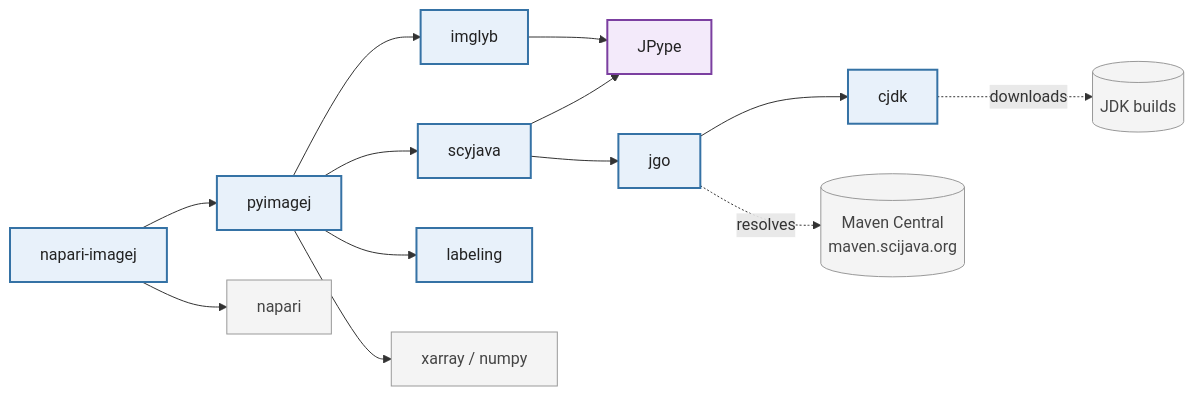
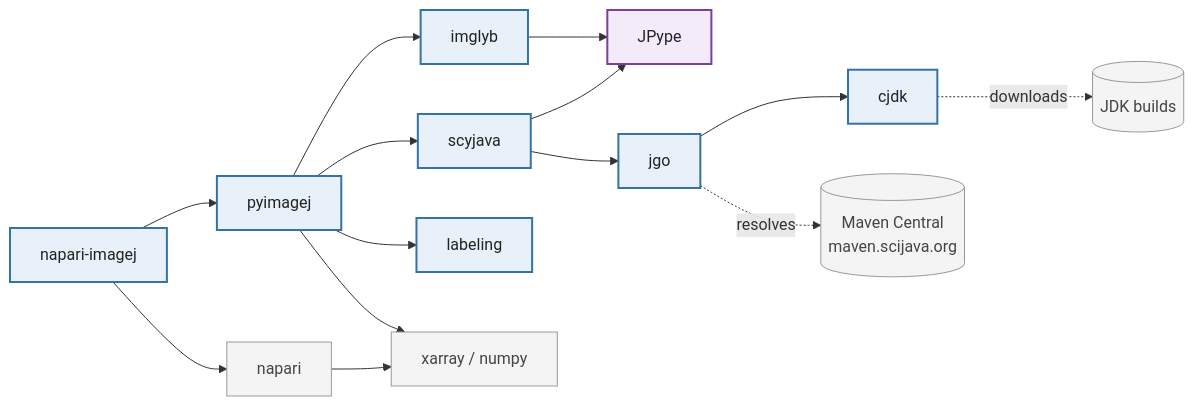
Before and after one commit to fiji/fiji-software-stack: the third of 7 diagrams in slides.md, drawn with Mermaid. The commit also changed other lines of this file, not shown here.

````diff
--- a/slides.md
+++ b/slides.md
@@ -193,21 +193,22 @@
 ```mermaid {scale: 0.85}
 flowchart LR
   napij["napari-imagej"] --> pyij["pyimagej"]
   napij --> napari["napari"]
   pyij --> imglyb["imglyb"]
   pyij --> scy["scyjava"]
   pyij --> labeling["labeling"]
   pyij --> xarray["xarray / numpy"]
+  napari --> xarray
   imglyb --> jpype["JPype"]
   scy --> jpype
   scy --> jgo["jgo"]
   jgo --> cjdk["cjdk"]
   jgo -. resolves .-> maven[("Maven Central<br/>maven.scijava.org")]
   cjdk -. downloads .-> jdk[("JDK builds")]
   classDef p fill:#e8f1fa,stroke:#3572a5,stroke-width:2px,color:#222
   classDef b fill:#f3eafa,stroke:#7b3fa0,stroke-width:2px,color:#222
   classDef ext fill:#f4f4f4,stroke:#999,color:#444
   class napij,pyij,imglyb,scy,jgo,cjdk,labeling p
   class jpype b
   class napari,xarray,maven,jdk ext
 ```
````
